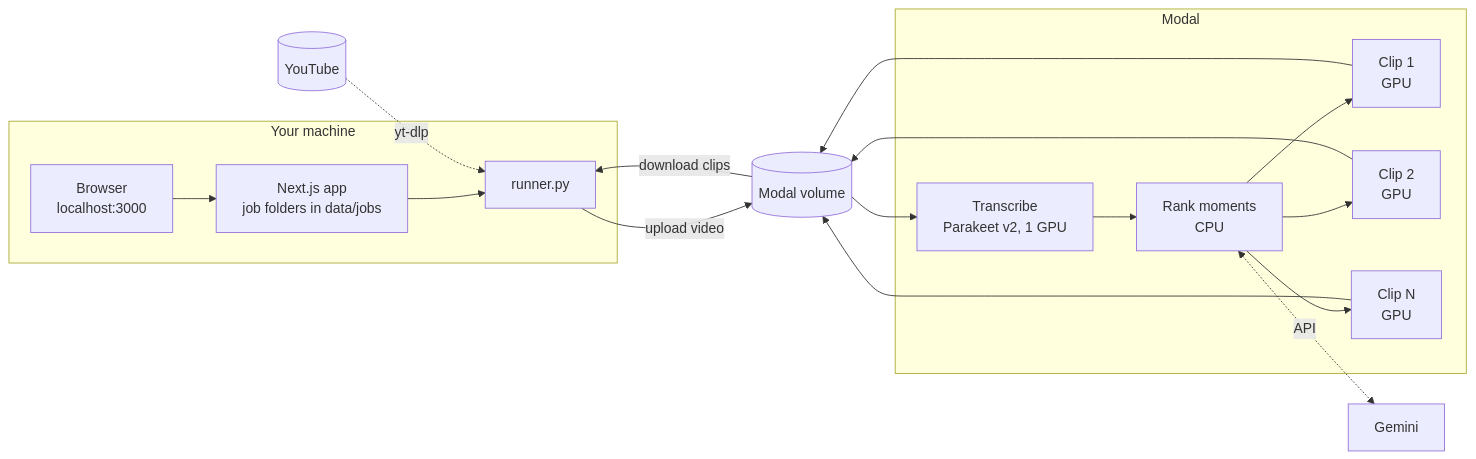
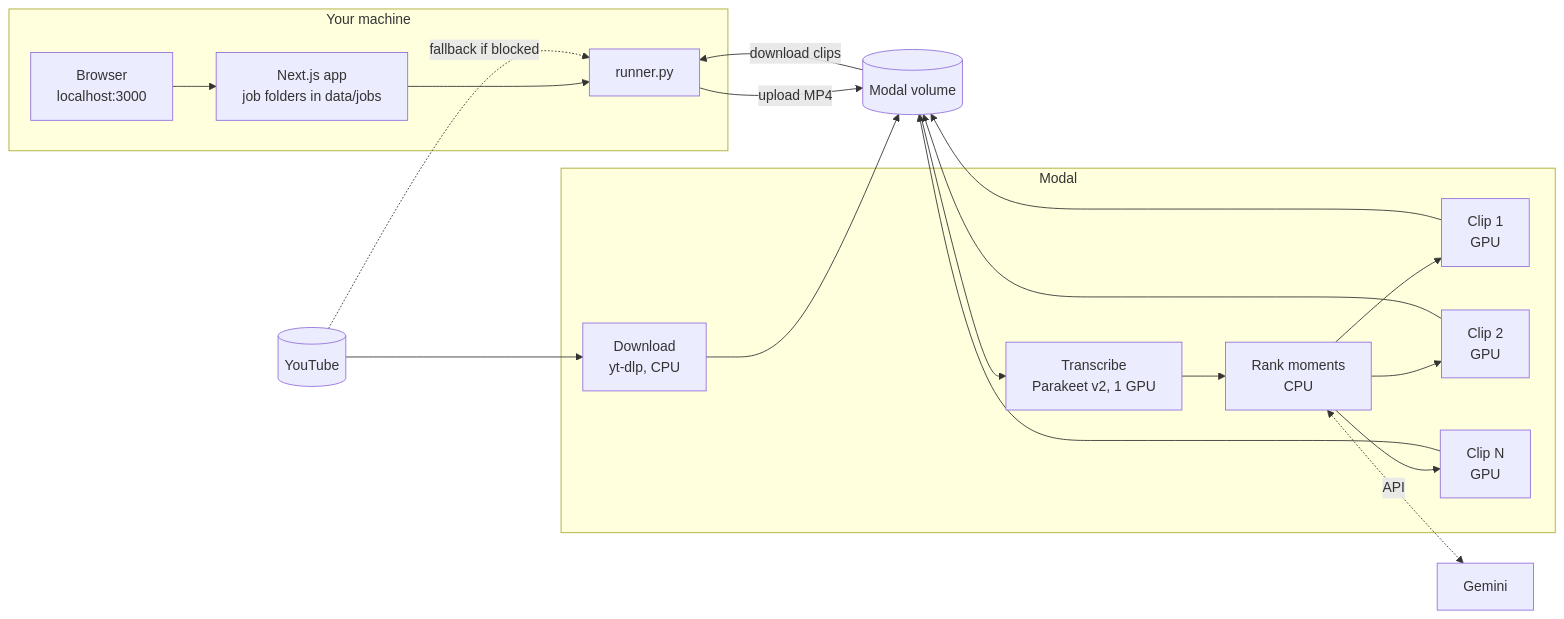
One commit to Akash-Sakala/ai-podcast-clipper changed the diagram in README.md. Above: the diagram before and after it, drawn with Mermaid. The commit also changed other lines of this file and 26 other files, not shown here.

First line of the commit message:
feat: download YouTube videos on Modal and delete videos after each run

````diff
--- a/README.md
+++ b/README.md
@@ -29,22 +30,24 @@
 ```mermaid
 flowchart LR
     subgraph laptop["Your machine"]
         ui["Browser<br/>localhost:3000"] --> app["Next.js app<br/>job folders in data/jobs"]
         app --> runner["runner.py"]
     end
 
-    yt[("YouTube")] -. "yt-dlp" .-> runner
-    runner -- "upload video" --> vol[("Modal volume")]
+    runner -- "upload MP4" --> vol[("Modal volume")]
+    yt[("YouTube")] -. "fallback if blocked" .-> runner
 
     subgraph modal["Modal"]
+        dl["Download<br/>yt-dlp, CPU"]
         asr["Transcribe<br/>Parakeet v2, 1 GPU"] --> rank["Rank moments<br/>CPU"]
         rank --> r1["Clip 1<br/>GPU"]
         rank --> r2["Clip 2<br/>GPU"]
         rank --> rn["Clip N<br/>GPU"]
     end
 
+    yt --> dl --> vol
     vol --> asr
     rank <-. "API" .-> gemini["Gemini"]
     r1 & r2 & rn --> vol
     vol -- "download clips" --> runner
 ```
````
